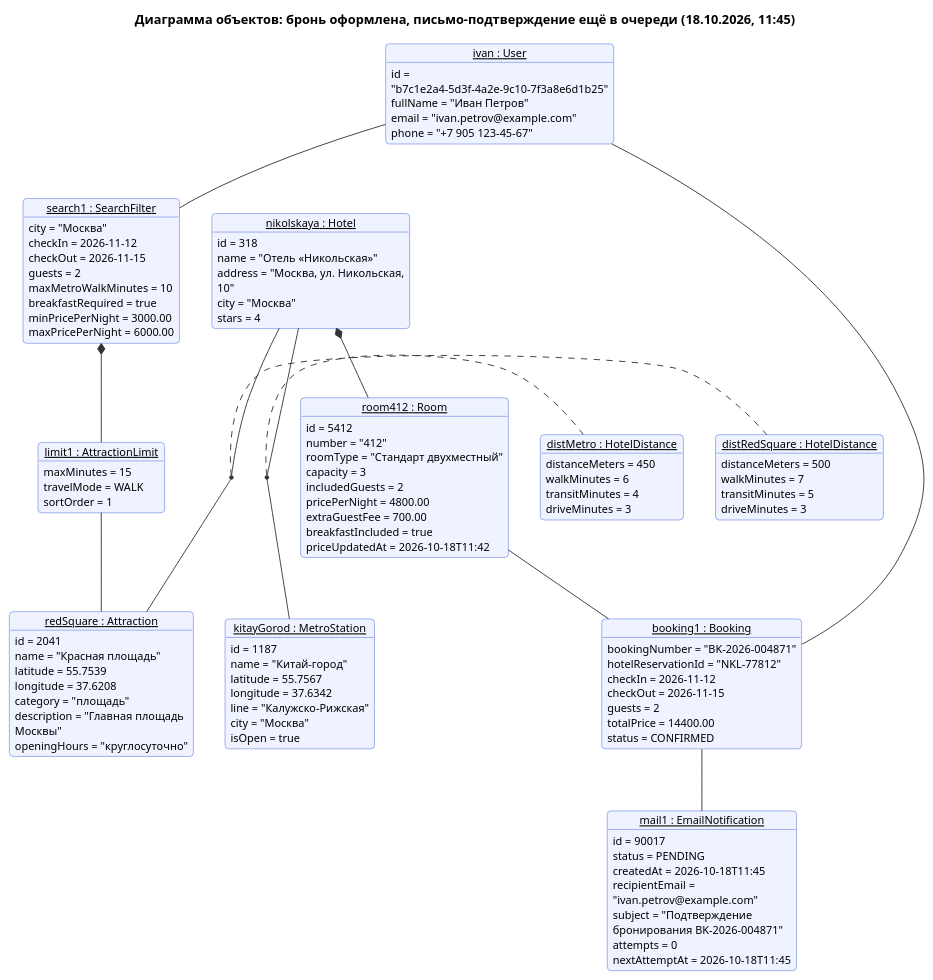
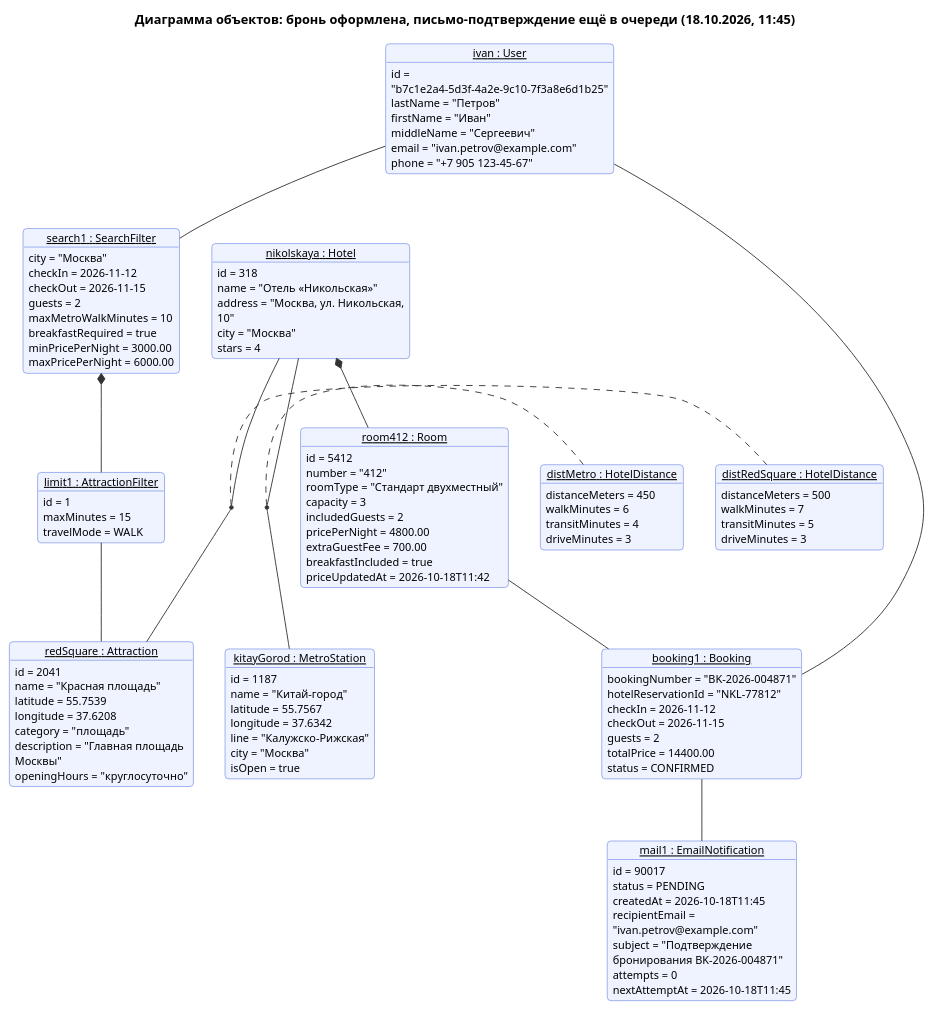
One commit to Remsely/cu-system-analysis changed the diagram in hw2/2_2_object.puml. Above: the diagram before and after it, drawn with PlantUML. The commit also changed 1 other file, not shown here.

```diff
--- a/hw2/2_2_object.puml
+++ b/hw2/2_2_object.puml
@@ -1,124 +1,126 @@
 @startuml
 skinparam shadowing false
 skinparam defaultFontSize 12
 skinparam backgroundColor white
 skinparam roundCorner 8
 skinparam ArrowColor #333333
 skinparam wrapWidth 220
 title Диаграмма объектов: бронь оформлена, письмо-подтверждение ещё в очереди (18.10.2026, 11:45)
 skinparam object {
   BackgroundColor #EEF3FF
   BorderColor #3B5BDB
 }
 hide empty members
 
 object "__ivan : User__" as ivan {
   id = "b7c1e2a4-5d3f-4a2e-9c10-7f3a8e6d1b25"
-  fullName = "Иван Петров"
+  lastName = "Петров"
+  firstName = "Иван"
+  middleName = "Сергеевич"
   email = "ivan.petrov@example.com"
   phone = "+7 905 123-45-67"
 }
 
 object "__search1 : SearchFilter__" as search1 {
   city = "Москва"
   checkIn = 2026-11-12
   checkOut = 2026-11-15
   guests = 2
   maxMetroWalkMinutes = 10
   breakfastRequired = true
   minPricePerNight = 3000.00
   maxPricePerNight = 6000.00
 }
 
-object "__limit1 : AttractionLimit__" as limit1 {
+object "__limit1 : AttractionFilter__" as limit1 {
+  id = 1
   maxMinutes = 15
   travelMode = WALK
-  sortOrder = 1
 }
 
 object "__redSquare : Attraction__" as redSquare {
   id = 2041
   name = "Красная площадь"
   latitude = 55.7539
   longitude = 37.6208
   category = "площадь"
   description = "Главная площадь Москвы"
   openingHours = "круглосуточно"
 }
 
 object "__kitayGorod : MetroStation__" as kitayGorod {
   id = 1187
   name = "Китай-город"
   latitude = 55.7567
   longitude = 37.6342
   line = "Калужско-Рижская"
   city = "Москва"
   isOpen = true
 }
 
 object "__nikolskaya : Hotel__" as nikolskaya {
   id = 318
   name = "Отель «Никольская»"
   address = "Москва, ул. Никольская, 10"
   city = "Москва"
   stars = 4
 }
 
 object "__room412 : Room__" as room412 {
   id = 5412
   number = "412"
   roomType = "Стандарт двухместный"
   capacity = 3
   includedGuests = 2
   pricePerNight = 4800.00
   extraGuestFee = 700.00
   breakfastIncluded = true
   priceUpdatedAt = 2026-10-18T11:42
 }
 
 object "__distMetro : HotelDistance__" as distMetro {
   distanceMeters = 450
   walkMinutes = 6
   transitMinutes = 4
   driveMinutes = 3
 }
 
 object "__distRedSquare : HotelDistance__" as distRed {
   distanceMeters = 500
   walkMinutes = 7
   transitMinutes = 5
   driveMinutes = 3
 }
 
 object "__booking1 : Booking__" as booking1 {
   bookingNumber = "BK-2026-004871"
   hotelReservationId = "NKL-77812"
   checkIn = 2026-11-12
   checkOut = 2026-11-15
   guests = 2
   totalPrice = 14400.00
   status = CONFIRMED
 }
 
 object "__mail1 : EmailNotification__" as mail1 {
   id = 90017
   status = PENDING
   createdAt = 2026-10-18T11:45
   recipientEmail = "ivan.petrov@example.com"
   subject = "Подтверждение бронирования BK-2026-004871"
   attempts = 0
   nextAttemptAt = 2026-10-18T11:45
 }
 
 ivan -- search1
 ivan -- booking1
 search1 *-- limit1
 limit1 -- redSquare
 nikolskaya *-- room412
 room412 -- booking1
 booking1 -- mail1
 nikolskaya -- kitayGorod
 nikolskaya -- redSquare
 (nikolskaya, kitayGorod) .. distMetro
 (nikolskaya, redSquare) .. distRed
 @enduml
```
